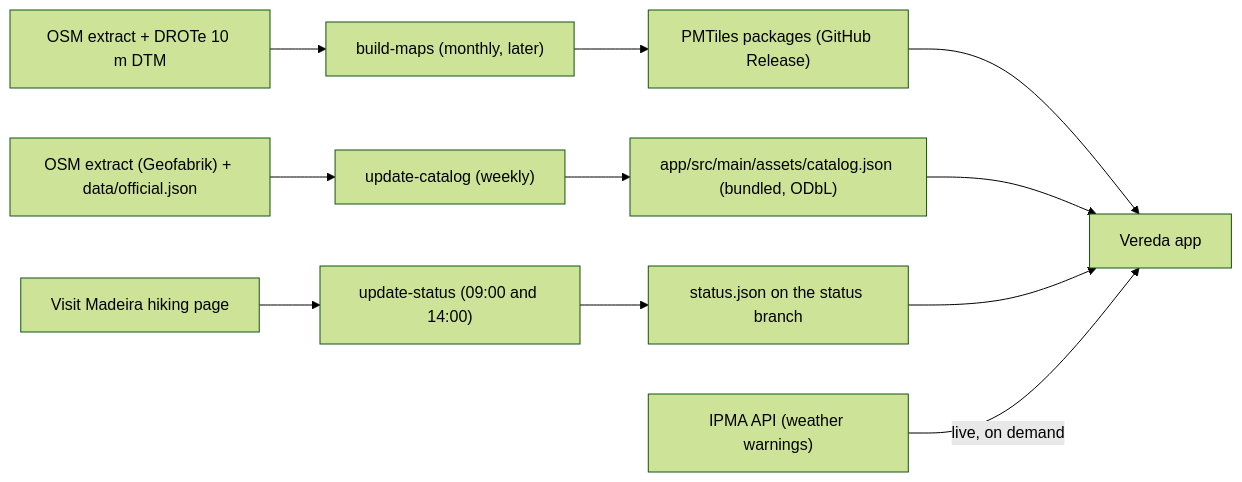
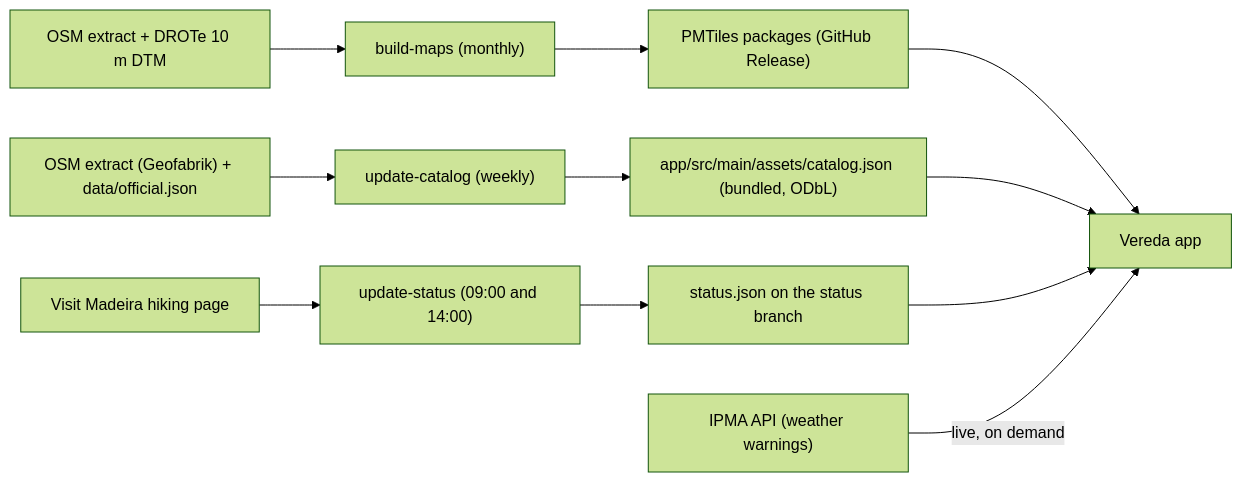
Before and after one commit to Psy8891/Madeira-Trails-: the diagram in docs/SPEC.md, drawn with Mermaid (forest theme). The commit also changed other lines of this file and 13 other files, not shown here.

First line of the commit message:
Overview map in the app, build-maps logging and bbox fix, spec and README for Phases 1 and 4

````diff
--- a/docs/SPEC.md
+++ b/docs/SPEC.md
@@ -237,7 +237,7 @@
 ```mermaid
 flowchart LR
-  A["OSM extract + DROTe 10 m DTM"] --> B["build-maps (monthly, later)"] --> C["PMTiles packages (GitHub Release)"] --> APP["Vereda app"]
+  A["OSM extract + DROTe 10 m DTM"] --> B["build-maps (monthly)"] --> C["PMTiles packages (GitHub Release)"] --> APP["Vereda app"]
   D["OSM extract (Geofabrik) + data/official.json"] --> E["update-catalog (weekly)"] --> F["app/src/main/assets/catalog.json (bundled, ODbL)"] --> APP
   G["Visit Madeira hiking page"] --> H["update-status (09:00 and 14:00)"] --> I["status.json on the status branch"] --> APP
   J["IPMA API (weather warnings)"] -- "live, on demand" --> APP
 ```
````
